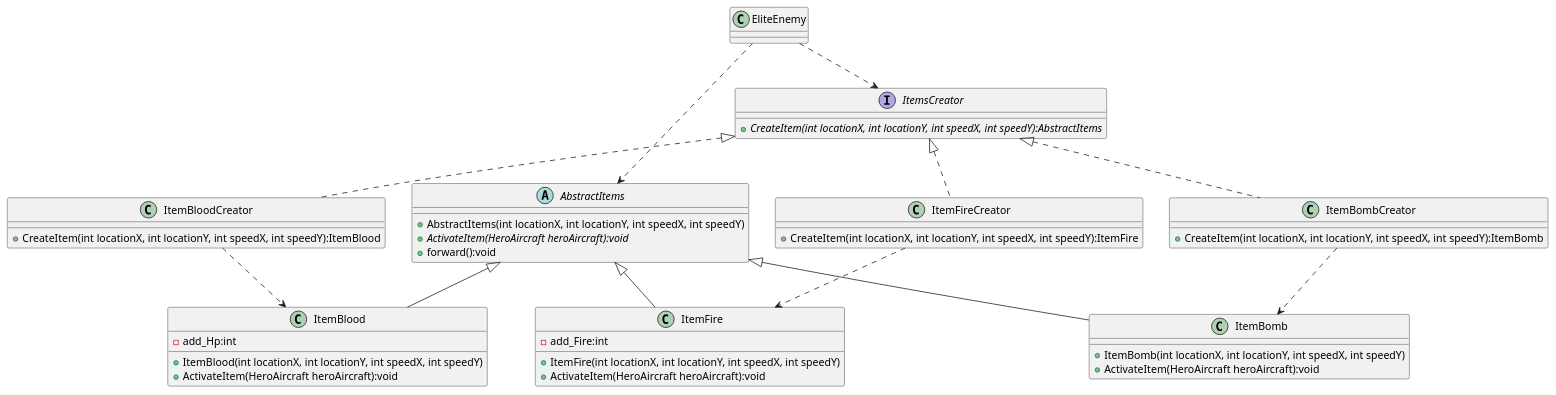
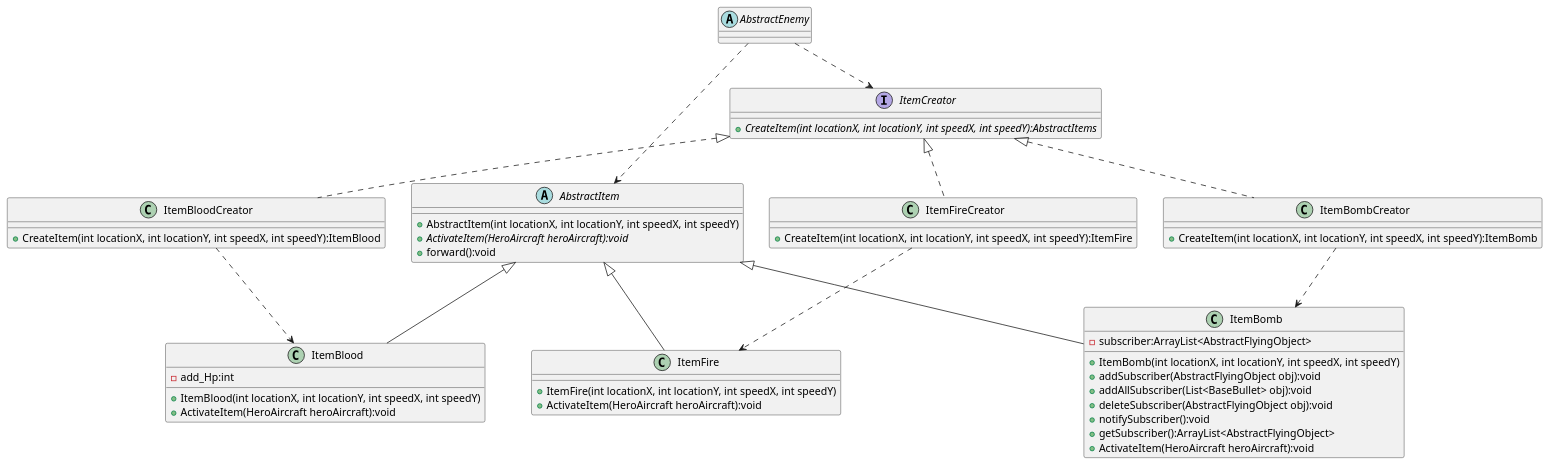
Before and after one commit to HenryZ5734/MyAircraftWar: the diagram in uml/itemfactory.puml, drawn with PlantUML. The commit also changed 31 other files, not shown here.

Commit message:
修改和完善uml类图

```diff
--- a/uml/itemfactory.puml
+++ b/uml/itemfactory.puml
@@ -1,59 +1,57 @@
 @startuml
 
-class EliteEnemy{}
+abstract class AbstractEnemy{}
 
-abstract class AbstractItems{
-    + AbstractItems(int locationX, int locationY, int speedX, int speedY)
+abstract class AbstractItem{
+    + AbstractItem(int locationX, int locationY, int speedX, int speedY)
     + {abstract}ActivateItem(HeroAircraft heroAircraft):void
     + forward():void
 }
 
-interface ItemsCreator{
+interface ItemCreator{
     + {abstract}CreateItem(int locationX, int locationY, int speedX, int speedY):AbstractItems
 }
 
-EliteEnemy ..> ItemsCreator
-EliteEnemy ..> AbstractItems
+AbstractEnemy ..> ItemCreator
+AbstractEnemy ..> AbstractItem
 
-AbstractItems <|-- ItemBlood
-AbstractItems <|-- ItemFire
-AbstractItems <|-- ItemBomb
-
-ItemsCreator <|.. ItemBloodCreator
-ItemsCreator <|.. ItemFireCreator
-ItemsCreator <|.. ItemBombCreator
 
 ItemBloodCreator ..> ItemBlood
 ItemFireCreator ..> ItemFire
 ItemBombCreator ..> ItemBomb
 
-class ItemBlood{
+class ItemBlood extends AbstractItem{
     - add_Hp:int
     + ItemBlood(int locationX, int locationY, int speedX, int speedY)
     + ActivateItem(HeroAircraft heroAircraft):void
 }
 
-class ItemFire{
-    - add_Fire:int
+class ItemFire extends AbstractItem{
     + ItemFire(int locationX, int locationY, int speedX, int speedY)
     + ActivateItem(HeroAircraft heroAircraft):void
 }
 
-class ItemBomb{
+class ItemBomb extends AbstractItem{
+    - subscriber:ArrayList<AbstractFlyingObject>
     + ItemBomb(int locationX, int locationY, int speedX, int speedY)
+    + addSubscriber(AbstractFlyingObject obj):void
+    + addAllSubscriber(List<BaseBullet> obj):void
+    + deleteSubscriber(AbstractFlyingObject obj):void
+    + notifySubscriber():void
+    + getSubscriber():ArrayList<AbstractFlyingObject>
     + ActivateItem(HeroAircraft heroAircraft):void
 }
 
-class ItemBloodCreator{
+class ItemBloodCreator implements ItemCreator{
     + CreateItem(int locationX, int locationY, int speedX, int speedY):ItemBlood
 }
 
-class ItemFireCreator{
+class ItemFireCreator implements ItemCreator{
     + CreateItem(int locationX, int locationY, int speedX, int speedY):ItemFire
 }
 
-class ItemBombCreator{
+class ItemBombCreator implements ItemCreator{
     + CreateItem(int locationX, int locationY, int speedX, int speedY):ItemBomb
 }
 
 @enduml
```
